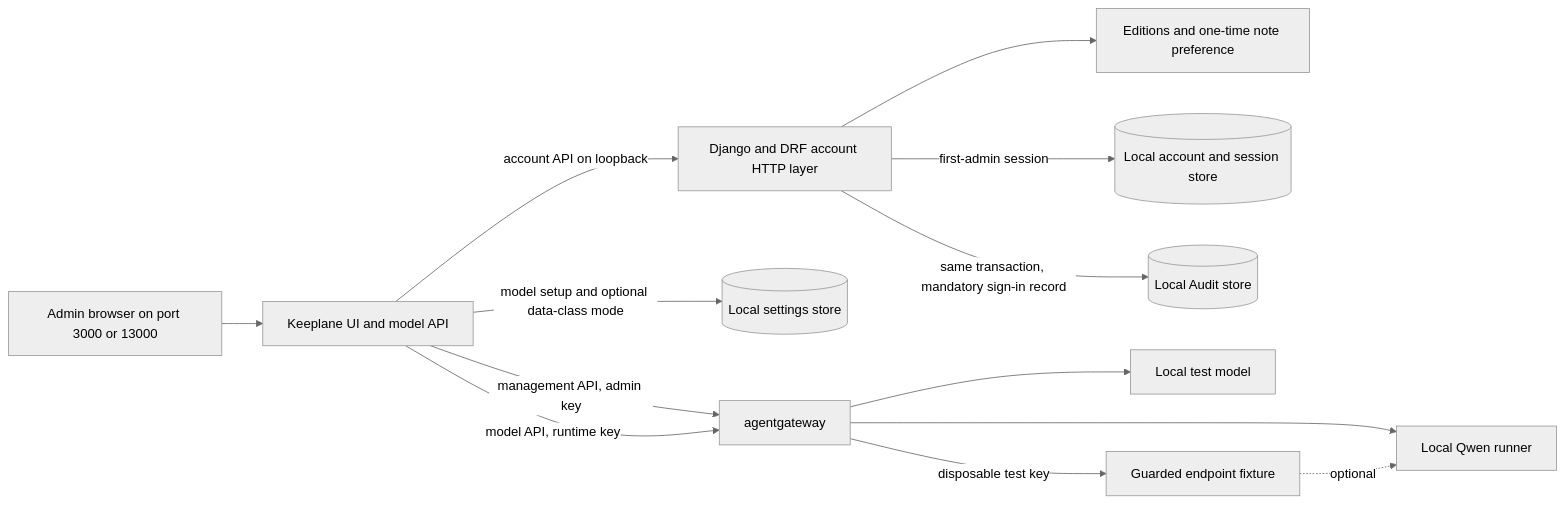
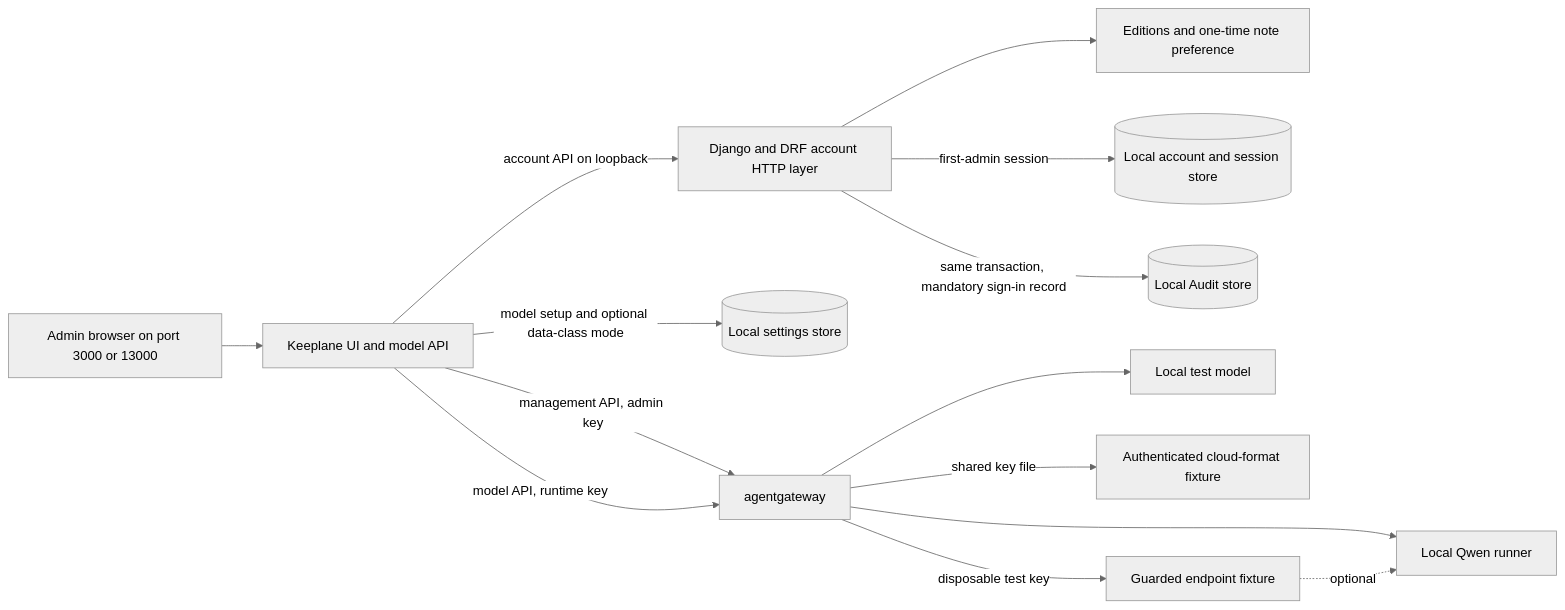
The diagram in docs/architecture/local-preview.md (OsamaFelFel/keeplane), drawn with Mermaid (neutral theme) before and after one commit. The commit also changed other lines of this file and 44 other files, not shown here.

Commit message:
test(preview): align protected Docker and kind flows

````diff
--- a/docs/architecture/local-preview.md
+++ b/docs/architecture/local-preview.md
@@ -7,15 +7,16 @@
 ```mermaid
 flowchart LR
   Browser[Admin browser on port 3000 or 13000] --> App[Keeplane UI and model API]
   App -->|account API on loopback| Django[Django and DRF account HTTP layer]
   Django --> Editions[Editions and one-time note preference]
   Django -->|first-admin session| Accounts[(Local account and session store)]
   Django -->|same transaction, mandatory sign-in record| Audit[(Local Audit store)]
   App -->|model setup and optional data-class mode| Settings[(Local settings store)]
   App -->|management API, admin key| Gateway[agentgateway]
   App -->|model API, runtime key| Gateway
   Gateway --> Fixture[Local test model]
   Gateway --> Qwen[Local Qwen runner]
+  Gateway -->|shared key file| Cloud[Authenticated cloud-format fixture]
   Gateway -->|disposable test key| Guarded[Guarded endpoint fixture]
   Guarded -. optional .-> Qwen
 ```
````
